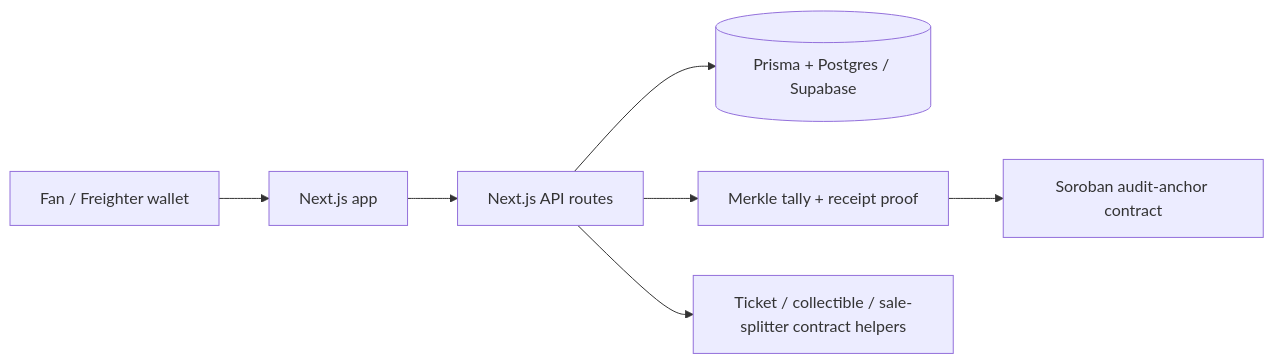
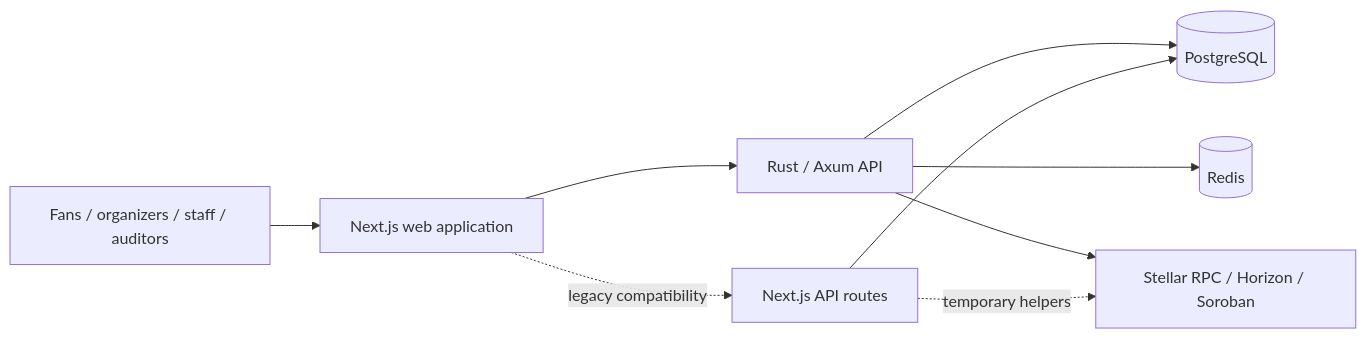
One commit to akippnn/CrownFi changed the diagram in README.md. Above: the diagram before and after it, drawn with Mermaid. The commit also changed other lines of this file, not shown here.

````diff
--- a/README.md
+++ b/README.md
@@ -11,9 +25,11 @@
 ```mermaid
 flowchart LR
-  Fan[Fan / Freighter wallet] --> Web[Next.js app]
-  Web --> Routes[Next.js API routes]
-  Routes --> DB[(Prisma + Postgres / Supabase)]
-  Routes --> Proofs[Merkle tally + receipt proof]
-  Proofs --> Anchor[Soroban audit-anchor contract]
-  Routes --> Ticket[Ticket / collectible / sale-splitter contract helpers]
+  User[Fans / organizers / staff / auditors] --> Web[Next.js web application]
+  Web --> Rust[Rust / Axum API]
+  Web -. legacy compatibility .-> Legacy[Next.js API routes]
+  Rust --> DB[(PostgreSQL)]
+  Rust --> Redis[(Redis)]
+  Legacy --> DB
+  Rust --> Stellar[Stellar RPC / Horizon / Soroban]
+  Legacy -. temporary helpers .-> Stellar
 ```
````
